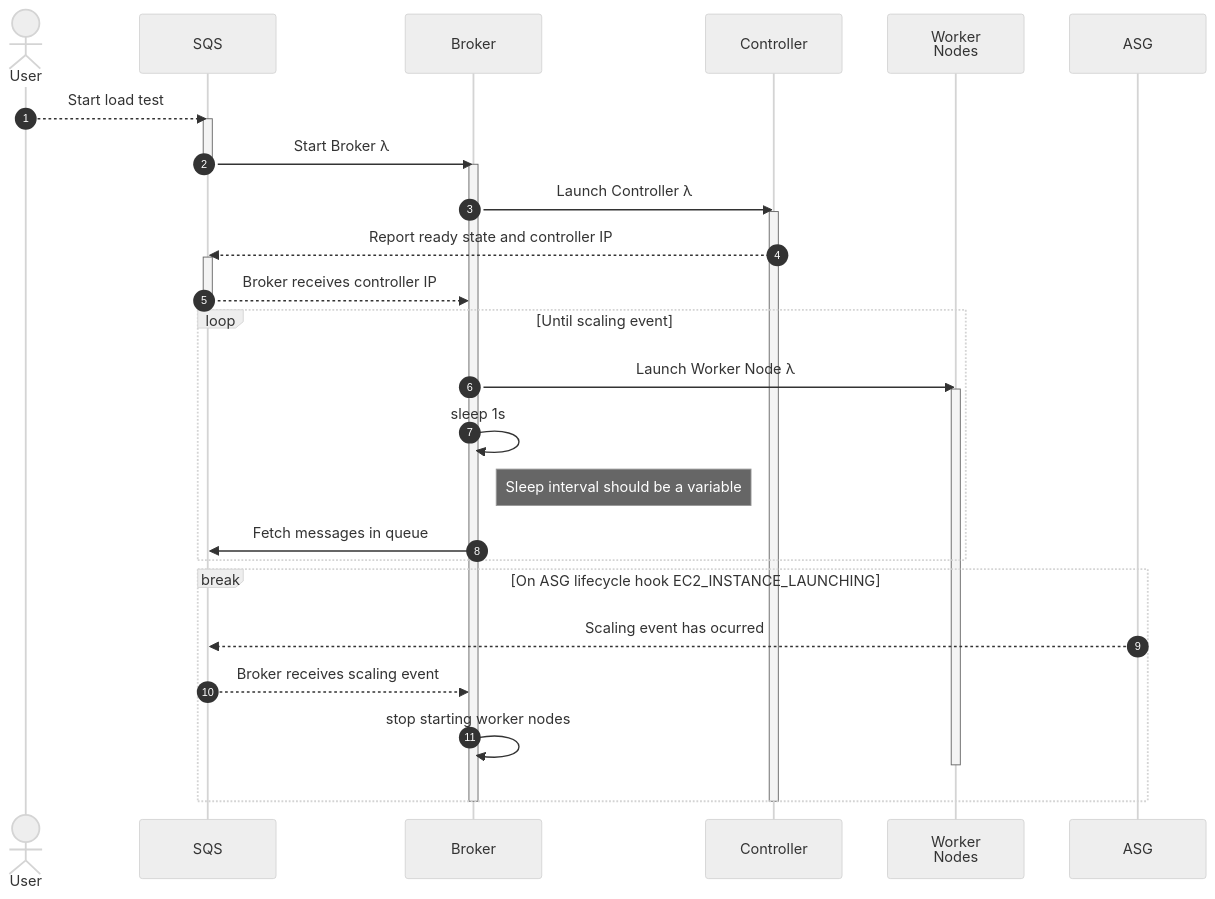
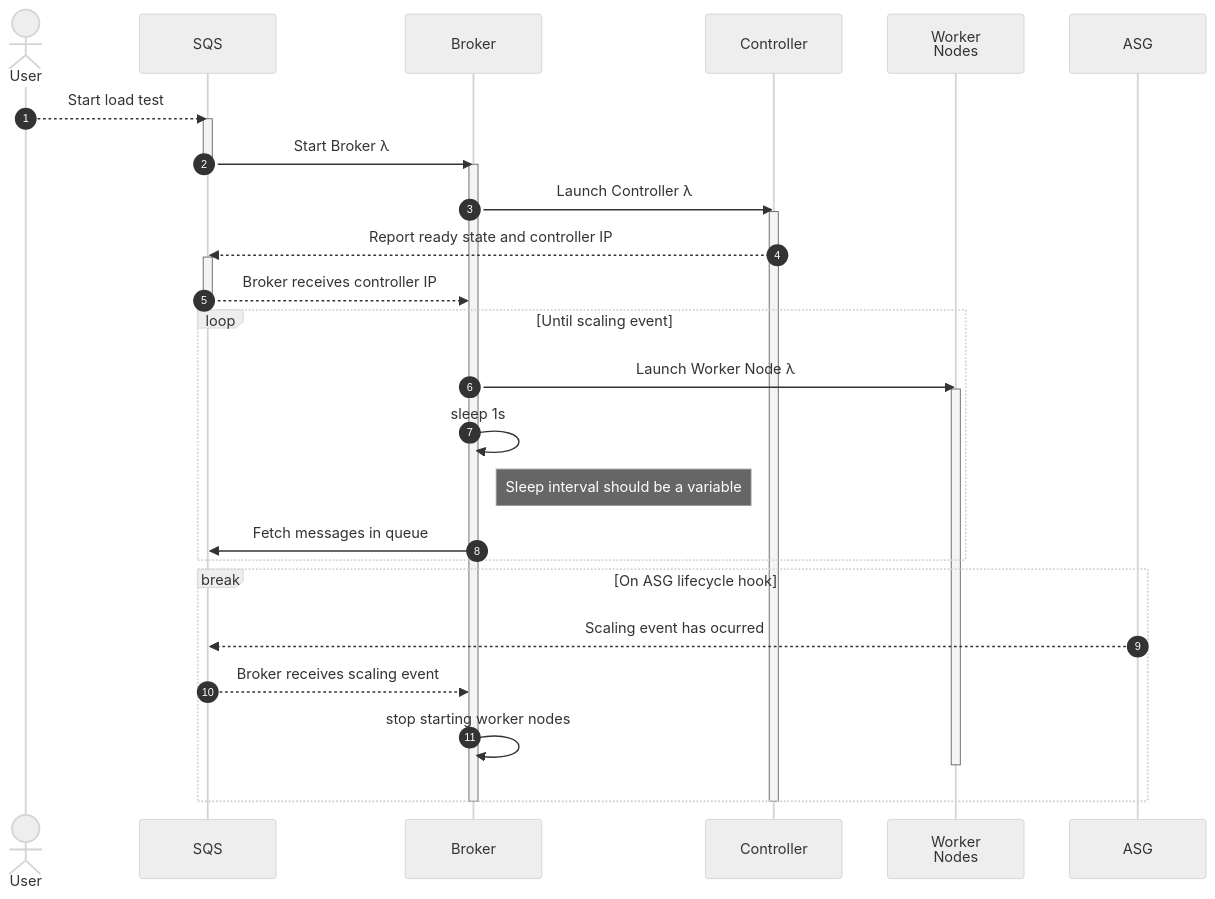
The diagram in apps/utils/locust_tests/lambda/server-load/README.md (CMSgov/beneficiary-fhir-data), drawn with Mermaid (neutral theme) before and after one commit.

Commit message:
Vainly attempt to edit mermaid to get it to display on github

````diff
--- a/apps/utils/locust_tests/lambda/server-load/README.md
+++ b/apps/utils/locust_tests/lambda/server-load/README.md
@@ -1,36 +1,36 @@
 ```mermaid
 sequenceDiagram
     autonumber
     actor u as User
     participant sqs as SQS
     participant b as Broker
     participant c as Controller
     participant n AS Worker<br />Nodes
     participant asg as ASG
     u -->> sqs: Start load test
     activate sqs
     sqs ->> b: Start Broker #lambda;
     deactivate sqs
     activate b
     b ->> c: Launch Controller #lambda;
     activate c
     c -->> sqs: Report ready state and controller IP
     activate sqs
     sqs -->> b: Broker receives controller IP
     deactivate sqs
     loop Until scaling event
         b ->> n: Launch Worker Node #lambda;
         activate n
         b ->> b: sleep 1s
         Note right of b: Sleep interval should be a variable
         b ->> sqs: Fetch messages in queue
     end
-    break On ASG lifecycle hook EC2_INSTANCE_LAUNCHING
+    break On ASG lifecycle hook
         asg -->> sqs: Scaling event has ocurred
         sqs -->> b: Broker receives scaling event
         b ->> b: stop starting worker nodes
         deactivate n
     end
     deactivate c
     deactivate b
 ```
````
